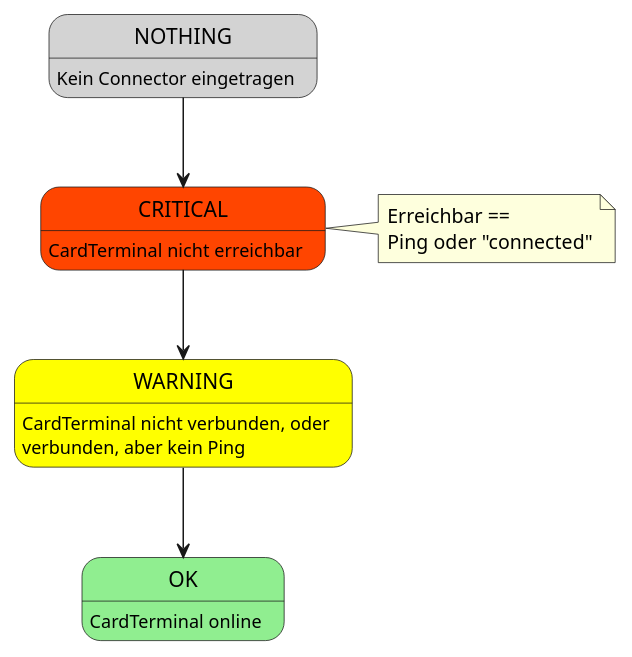
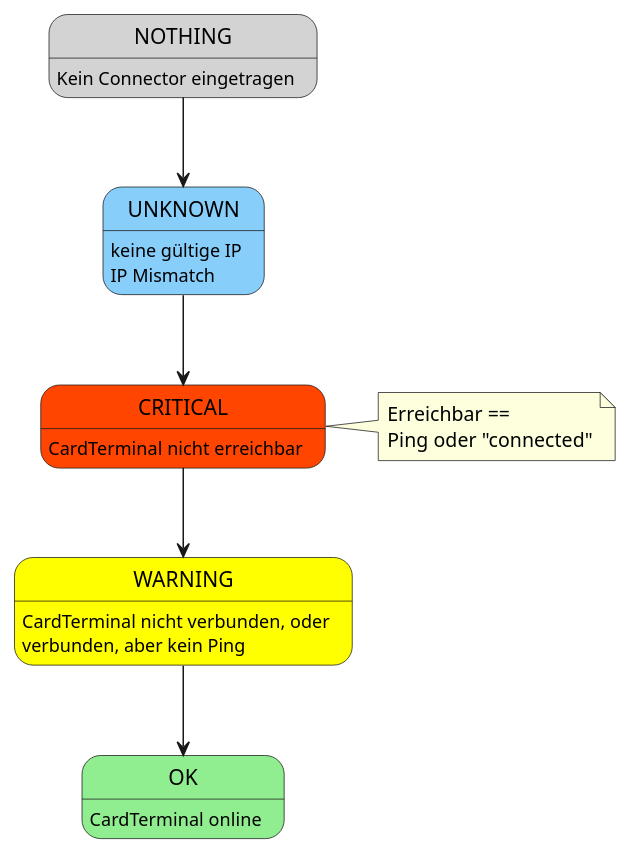
The diagram in docs/devnotes/_images/card-terminal-condition.puml (swobspace/cocard), drawn with PlantUML before and after one commit. The commit also changed 7 other files, not shown here.

```diff
--- a/docs/devnotes/_images/card-terminal-condition.puml
+++ b/docs/devnotes/_images/card-terminal-condition.puml
@@ -1,27 +1,29 @@
 @startuml
 
 state OK #lightgreen
 OK: CardTerminal online
 
 state WARNING #Yellow
 WARNING: CardTerminal nicht verbunden, oder
 WARNING: verbunden, aber kein Ping
 
 state CRITICAL #orangered
 CRITICAL: CardTerminal nicht erreichbar
 
 note right of CRITICAL
 Erreichbar ==
 Ping oder "connected"
 endnote
 
-'state UNKNOWN #LightSkyBlue
-'UNKNOWN: not yet implemented
+state UNKNOWN #LightSkyBlue
+UNKNOWN: keine gültige IP
+UNKNOWN: IP Mismatch
 
 state NOTHING #LightGrey
 NOTHING: Kein Connector eingetragen
 
-NOTHING --> CRITICAL
+NOTHING --> UNKNOWN
+UNKNOWN --> CRITICAL
 CRITICAL --> WARNING
 WARNING --> OK
 @enduml
```
